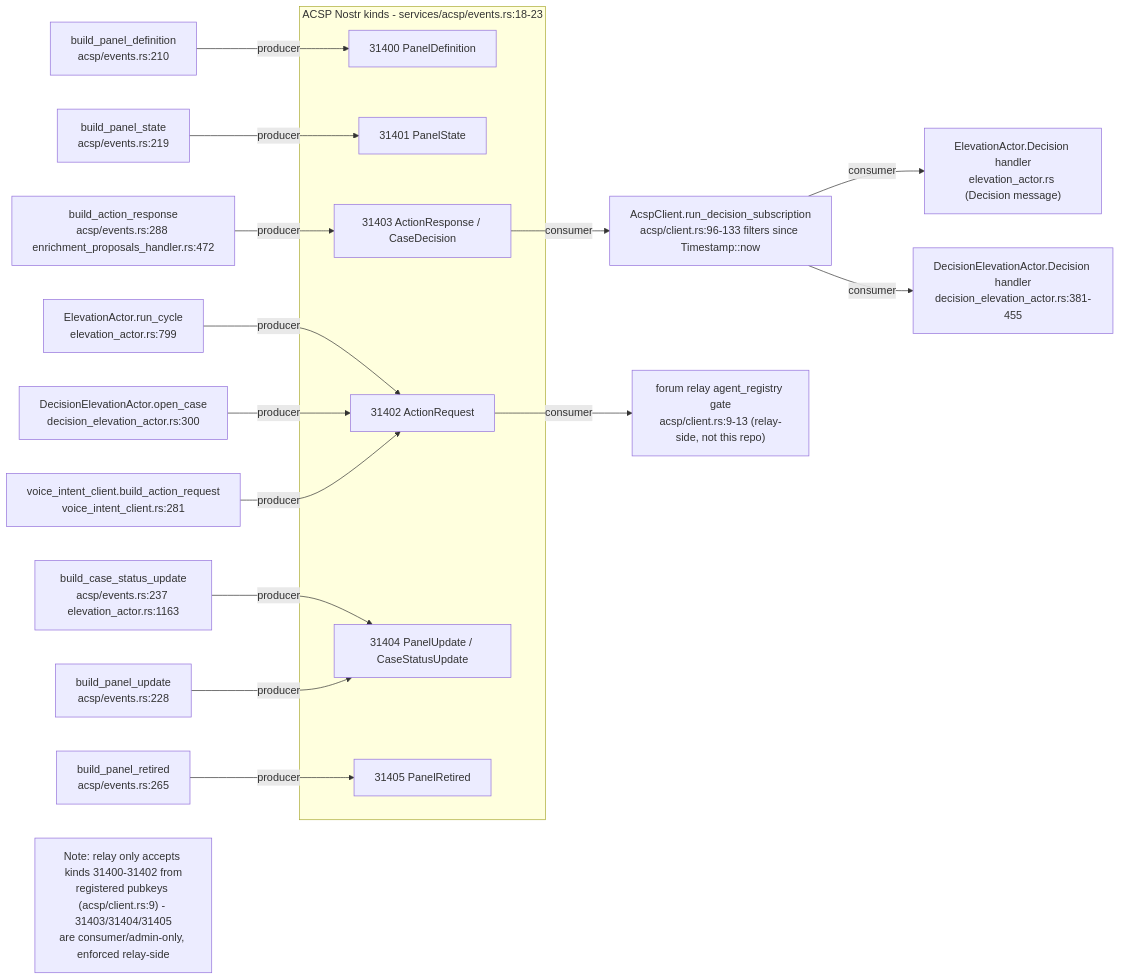
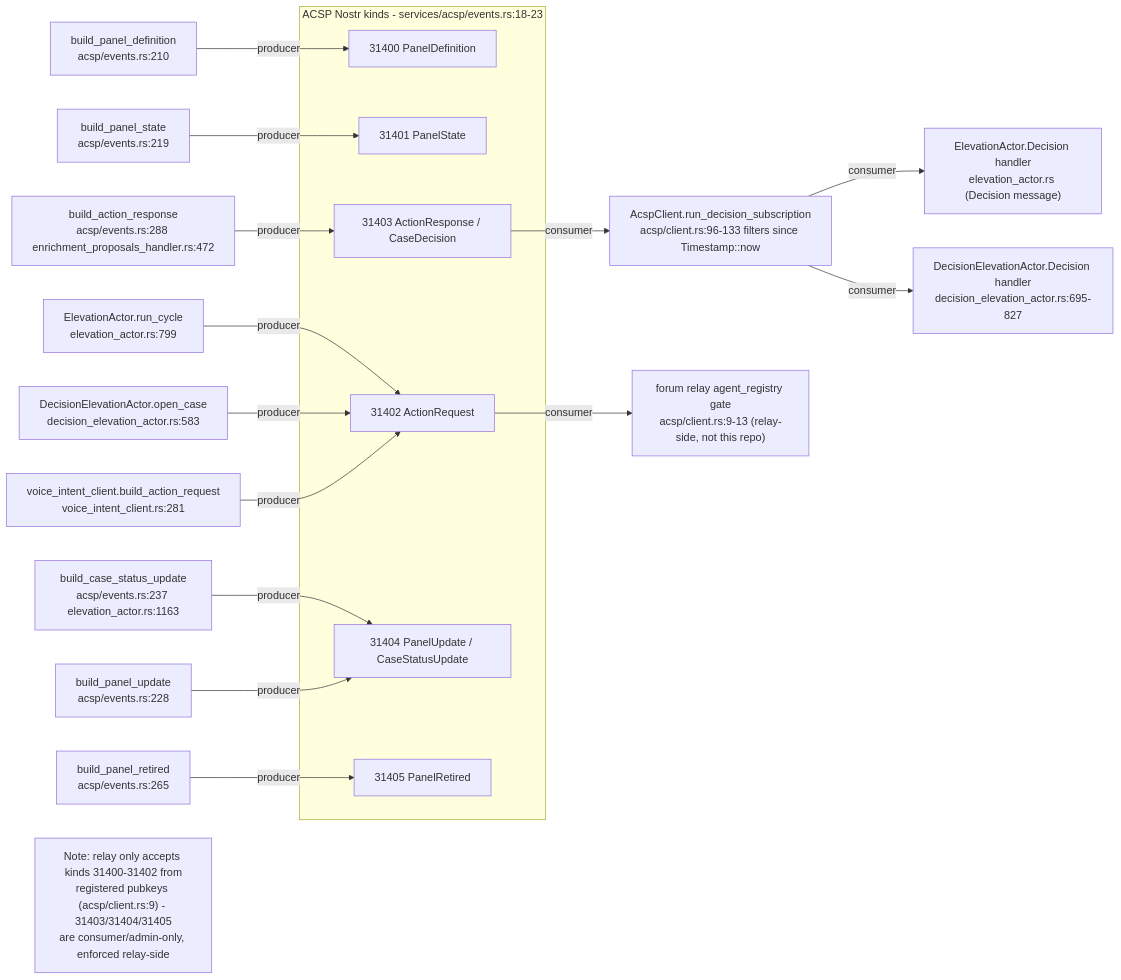
Before and after one commit to DreamLab-AI/AR-AI-Knowledge-Graph: the ninth of 11 diagrams in docs/diagrams/visionclaw/24-acsp-decision-elevation.md, drawn with Mermaid. The commit also changed other lines of this file and 73 other files, not shown here.

First line of the commit message:
docs(diagrams): re-verify all 71 topic files against HEAD; add --cite-check

````diff
--- a/docs/diagrams/visionclaw/24-acsp-decision-elevation.md
+++ b/docs/diagrams/visionclaw/24-acsp-decision-elevation.md
@@ -332,25 +333,25 @@
 ```mermaid
 flowchart LR
     subgraph kinds["ACSP Nostr kinds - services/acsp/events.rs:18-23"]
         K31400["31400 PanelDefinition"]
         K31401["31401 PanelState"]
         K31402["31402 ActionRequest"]
         K31403["31403 ActionResponse / CaseDecision"]
         K31404["31404 PanelUpdate / CaseStatusUpdate"]
         K31405["31405 PanelRetired"]
     end
     B31400["build_panel_definition<br/>acsp/events.rs:210"] -->|producer| K31400
     B31401["build_panel_state<br/>acsp/events.rs:219"] -->|producer| K31401
     B31402A["ElevationActor.run_cycle<br/>elevation_actor.rs:799"] -->|producer| K31402
-    B31402B["DecisionElevationActor.open_case<br/>decision_elevation_actor.rs:300"] -->|producer| K31402
+    B31402B["DecisionElevationActor.open_case<br/>decision_elevation_actor.rs:583"] -->|producer| K31402
     B31402C["voice_intent_client.build_action_request<br/>voice_intent_client.rs:281"] -->|producer| K31402
     B31403A["build_action_response<br/>acsp/events.rs:288 enrichment_proposals_handler.rs:472"] -->|producer| K31403
     B31404A["build_case_status_update<br/>acsp/events.rs:237 elevation_actor.rs:1163"] -->|producer| K31404
     B31404B["build_panel_update<br/>acsp/events.rs:228"] -->|producer| K31404
     B31405["build_panel_retired<br/>acsp/events.rs:265"] -->|producer| K31405
     K31403 -->|consumer| C31403A["AcspClient.run_decision_subscription<br/>acsp/client.rs:96-133 filters since Timestamp::now"]
     C31403A -->|consumer| C31403B["ElevationActor.Decision handler<br/>elevation_actor.rs (Decision message)"]
-    C31403A -->|consumer| C31403C["DecisionElevationActor.Decision handler<br/>decision_elevation_actor.rs:381-455"]
+    C31403A -->|consumer| C31403C["DecisionElevationActor.Decision handler<br/>decision_elevation_actor.rs:695-827"]
     K31402 -->|consumer| C31402["forum relay agent_registry gate<br/>acsp/client.rs:9-13 (relay-side, not this repo)"]
     Note1["Note: relay only accepts kinds 31400-31402 from<br/>registered pubkeys (acsp/client.rs:9) - 31403/31404/31405<br/>are consumer/admin-only, enforced relay-side"]
 ```
````
